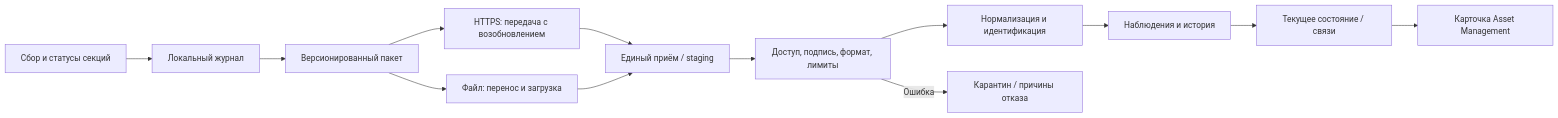
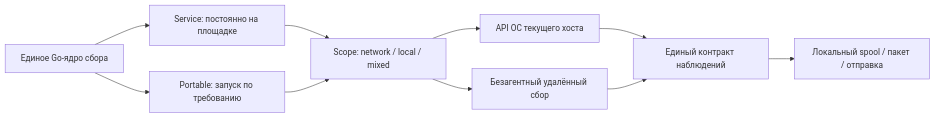
One commit to QgMixtate/surveyscan changed the second of 5 diagrams in docs/architecture/go-target-architecture.md. Above: the diagram before and after it, drawn with Mermaid. The commit also changed other lines of this file, not shown here.

````diff
--- a/docs/architecture/go-target-architecture.md
+++ b/docs/architecture/go-target-architecture.md
@@ -79,15 +46,12 @@
 ```mermaid
 flowchart LR
-    Collect["Сбор и статусы секций"] --> Journal["Локальный журнал"]
-    Journal --> Package["Версионированный пакет"]
-    Package --> Online["HTTPS: передача с возобновлением"]
-    Package --> Offline["Файл: перенос и загрузка"]
-    Online --> Intake["Единый приём / staging"]
-    Offline --> Intake
-    Intake --> Verify["Доступ, подпись, формат, лимиты"]
-    Verify --> Normalize["Нормализация и идентификация"]
-    Normalize --> History["Наблюдения и история"]
-    History --> Current["Текущее состояние / связи"]
-    Current --> Card["Карточка Asset Management"]
-    Verify -->|"Ошибка"| Quarantine["Карантин / причины отказа"]
+    Core["Единое Go-ядро сбора"] --> Service["Service: постоянно на площадке"]
+    Core --> Portable["Portable: запуск по требованию"]
+    Service --> Scope["Scope: network / local / mixed"]
+    Portable --> Scope
+    Scope --> Local["API ОС текущего хоста"]
+    Scope --> Remote["Безагентный удалённый сбор"]
+    Local --> Result["Единый контракт наблюдений"]
+    Remote --> Result
+    Result --> Spool["Локальный spool / пакет / отправка"]
 ```
````
